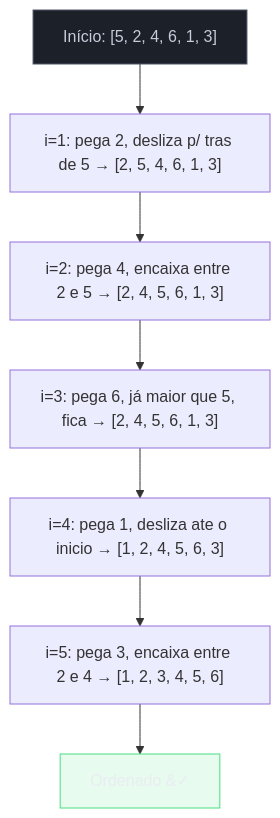
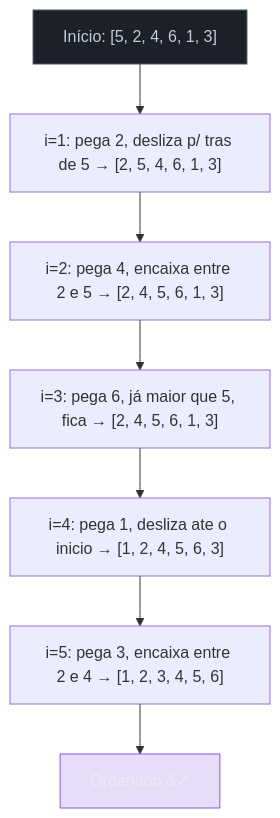
One commit to josenaldo/codex-technomanticus changed the second of 6 diagrams in 03-Dominios/Ciência/Algoritmos/07 - Ordenação.md. Above: the diagram before and after it, drawn with Mermaid. The commit also changed other lines of this file and 601 other files, not shown here.

````diff
--- a/03-Dominios/Ciência/Algoritmos/07 - Ordenação.md
+++ b/03-Dominios/Ciência/Algoritmos/07 - Ordenação.md
@@ -150,15 +150,15 @@
 ```mermaid
 flowchart TB
+    classDef marca fill:#8855DF33,stroke:#8855DF,color:#E9ECF2
     classDef neutro fill:#1B2029,stroke:#4E5666,color:#C6CCD8
-    classDef ok fill:#4ADE8021,stroke:#4ADE80,color:#E9ECF2
     P0["Início: [5, 2, 4, 6, 1, 3]"] --> P1
     P1["i=1: pega 2, desliza p/ tras de 5 &rarr; [2, 5, 4, 6, 1, 3]"] --> P2
     P2["i=2: pega 4, encaixa entre 2 e 5 &rarr; [2, 4, 5, 6, 1, 3]"] --> P3
     P3["i=3: pega 6, já maior que 5, fica &rarr; [2, 4, 5, 6, 1, 3]"] --> P4
     P4["i=4: pega 1, desliza ate o inicio &rarr; [1, 2, 4, 5, 6, 3]"] --> P5
     P5["i=5: pega 3, encaixa entre 2 e 4 &rarr; [1, 2, 3, 4, 5, 6]"] --> P6
     P6["Ordenado &#10003;"]
 
     class P0 neutro
-    class P6 ok
+    class P6 marca
 ```
````
